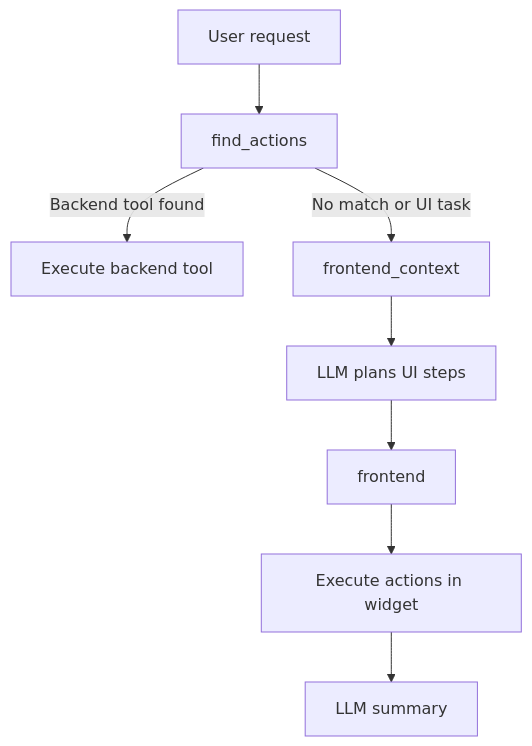
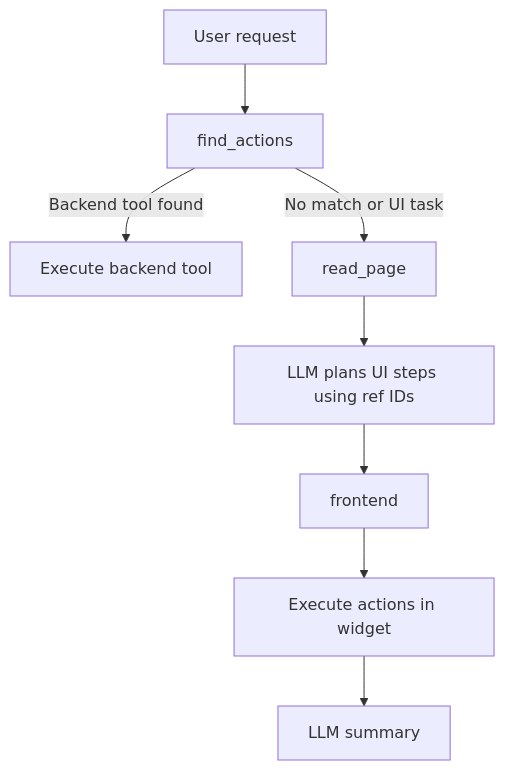
Before and after one commit to mostafasudo/warpy: the second of 2 diagrams in docs/frontend-agent.md, drawn with Mermaid. The commit also changed other lines of this file and 13 other files, not shown here.

````diff
--- a/docs/frontend-agent.md
+++ b/docs/frontend-agent.md
@@ -50,10 +54,10 @@
 ```mermaid
 flowchart TD
   A[User request] --> B[find_actions]
   B -->|Backend tool found| C[Execute backend tool]
-  B -->|No match or UI task| D[frontend_context]
-  D --> E[LLM plans UI steps]
+  B -->|No match or UI task| D[read_page]
+  D --> E[LLM plans UI steps using ref IDs]
   E --> F[frontend]
   F --> G[Execute actions in widget]
   G --> H[LLM summary]
 ```
````
